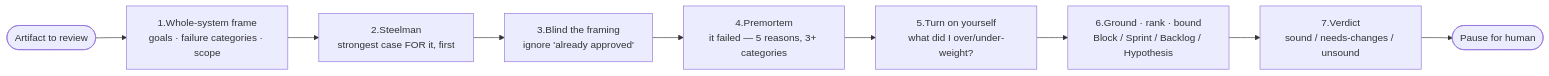
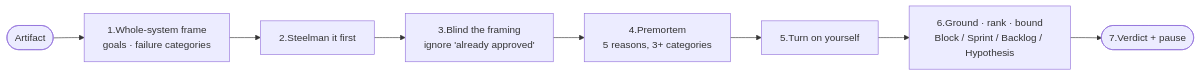
The second of 4 diagrams in README.md (flyingsriracha/Anapana), drawn with Mermaid before and after one commit. The commit also changed other lines of this file and 5 other files, not shown here.

````diff
--- a/README.md
+++ b/README.md
@@ -128,11 +54,10 @@
 ```mermaid
 flowchart LR
-    A([Artifact to review]) --> B[1.Whole-system frame<br/>goals · failure categories · scope]
-    B --> C[2.Steelman<br/>strongest case FOR it, first]
+    A([Artifact]) --> B[1.Whole-system frame<br/>goals · failure categories]
+    B --> C[2.Steelman it first]
     C --> D[3.Blind the framing<br/>ignore 'already approved']
-    D --> E[4.Premortem<br/>it failed — 5 reasons, 3+ categories]
-    E --> F[5.Turn on yourself<br/>what did I over/under-weight?]
+    D --> E[4.Premortem<br/>5 reasons, 3+ categories]
+    E --> F[5.Turn on yourself]
     F --> G[6.Ground · rank · bound<br/>Block / Sprint / Backlog / Hypothesis]
-    G --> H[7.Verdict<br/>sound / needs-changes / unsound]
-    H --> P([Pause for human])
+    G --> H([7.Verdict + pause])
 ```
````
